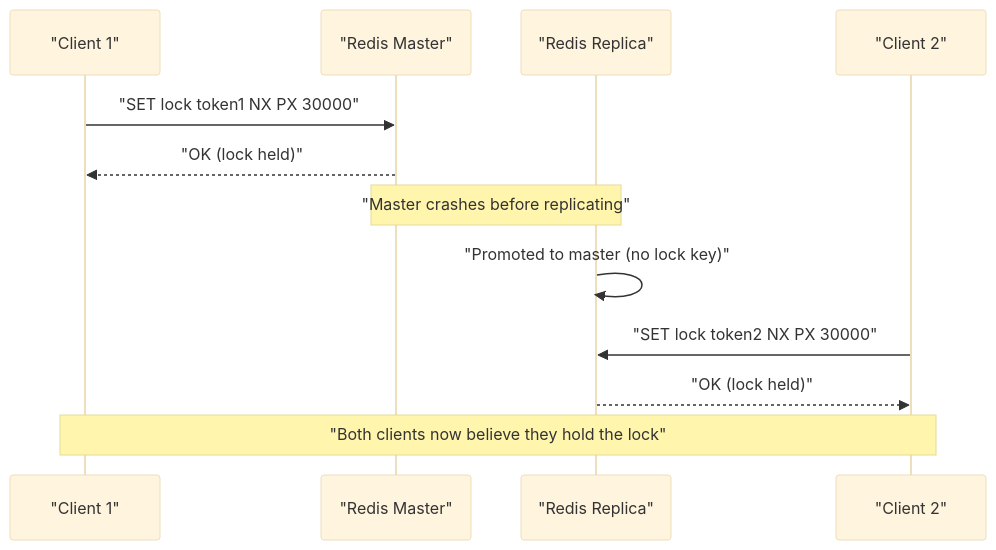
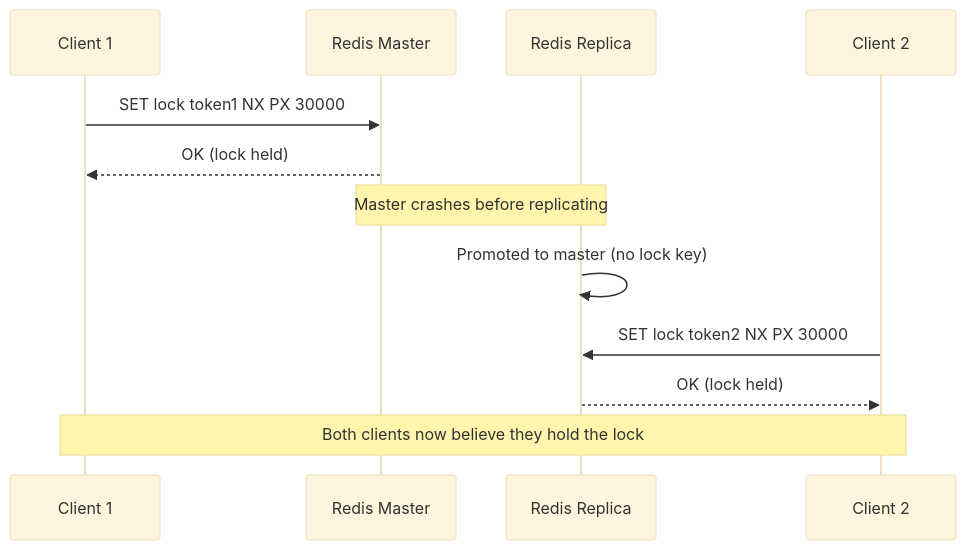
One commit to vabs/vabs.github.io changed the first of 3 diagrams in content/post/distributed-locking-redlock-pitfalls.md. Above: the diagram before and after it, drawn with Mermaid (base theme). The commit also changed other lines of this file and 87 other files, not shown here.

First line of the commit message:
Fix: Readable mermaid diagrams and fact-check blog posts

```diff
--- a/content/post/distributed-locking-redlock-pitfalls.md
+++ b/content/post/distributed-locking-redlock-pitfalls.md
@@ -70,14 +70,14 @@
 {{< mermaid >}}
 sequenceDiagram
-  participant C1 as "Client 1"
-  participant M as "Redis Master"
-  participant R as "Redis Replica"
-  participant C2 as "Client 2"
-  C1->>M: "SET lock token1 NX PX 30000"
-  M-->>C1: "OK (lock held)"
-  Note over M,R: "Master crashes before replicating"
-  R->>R: "Promoted to master (no lock key)"
-  C2->>R: "SET lock token2 NX PX 30000"
-  R-->>C2: "OK (lock held)"
-  Note over C1,C2: "Both clients now believe they hold the lock"
+  participant C1 as Client 1
+  participant M as Redis Master
+  participant R as Redis Replica
+  participant C2 as Client 2
+  C1->>M: SET lock token1 NX PX 30000
+  M-->>C1: OK (lock held)
+  Note over M,R: Master crashes before replicating
+  R->>R: Promoted to master (no lock key)
+  C2->>R: SET lock token2 NX PX 30000
+  R-->>C2: OK (lock held)
+  Note over C1,C2: Both clients now believe they hold the lock
 {{< /mermaid >}}
```
